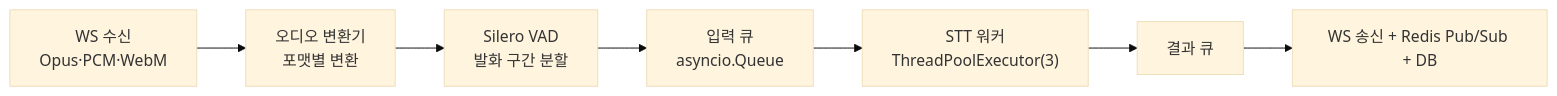
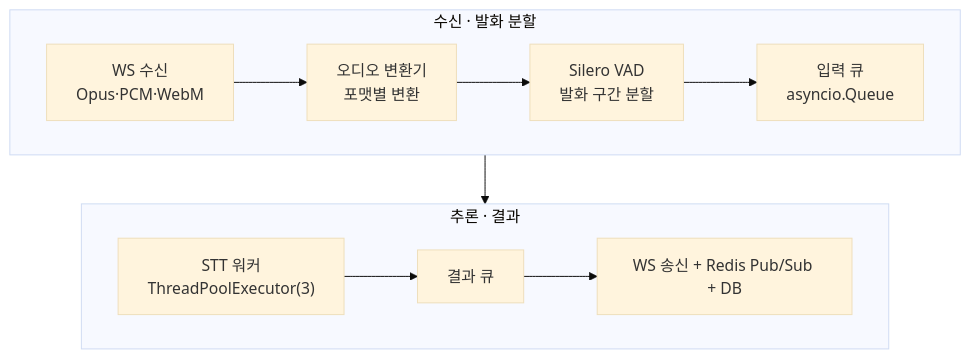
One commit to 06171002/06171002.github.io changed the diagram in src/content/features/stt/realtime-stt/diagram-1.mmd. Above: the diagram before and after it, drawn with Mermaid (base theme). The commit also changed 37 other files, not shown here.

```diff
--- a/src/content/features/stt/realtime-stt/diagram-1.mmd
+++ b/src/content/features/stt/realtime-stt/diagram-1.mmd
@@ -1,7 +1,10 @@
-flowchart LR
-    WS["WS 수신<br/>Opus·PCM·WebM"] --> CV["오디오 변환기<br/>포맷별 변환"]
-    CV --> VAD["Silero VAD<br/>발화 구간 분할"]
-    VAD --> IQ["입력 큐<br/>asyncio.Queue"]
-    IQ --> W["STT 워커<br/>ThreadPoolExecutor(3)"]
-    W --> RQ["결과 큐"]
-    RQ --> OUT["WS 송신 + Redis Pub/Sub + DB"]
+flowchart TB
+    subgraph rx["수신 · 발화 분할"]
+        direction LR
+        ws["WS 수신<br/>Opus·PCM·WebM"] --> cv["오디오 변환기<br/>포맷별 변환"] --> vad["Silero VAD<br/>발화 구간 분할"] --> iq["입력 큐<br/>asyncio.Queue"]
+    end
+    subgraph tx["추론 · 결과"]
+        direction LR
+        w["STT 워커<br/>ThreadPoolExecutor(3)"] --> rq["결과 큐"] --> out["WS 송신 + Redis Pub/Sub + DB"]
+    end
+    rx --> tx
```
